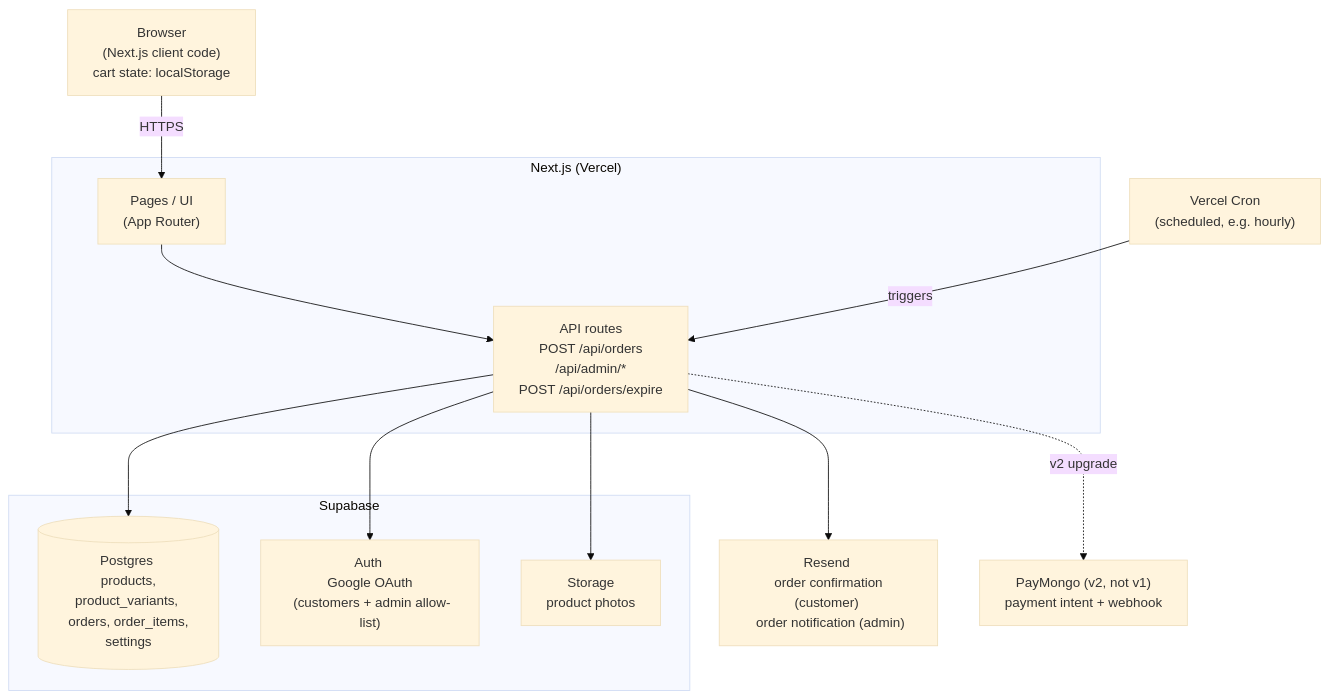
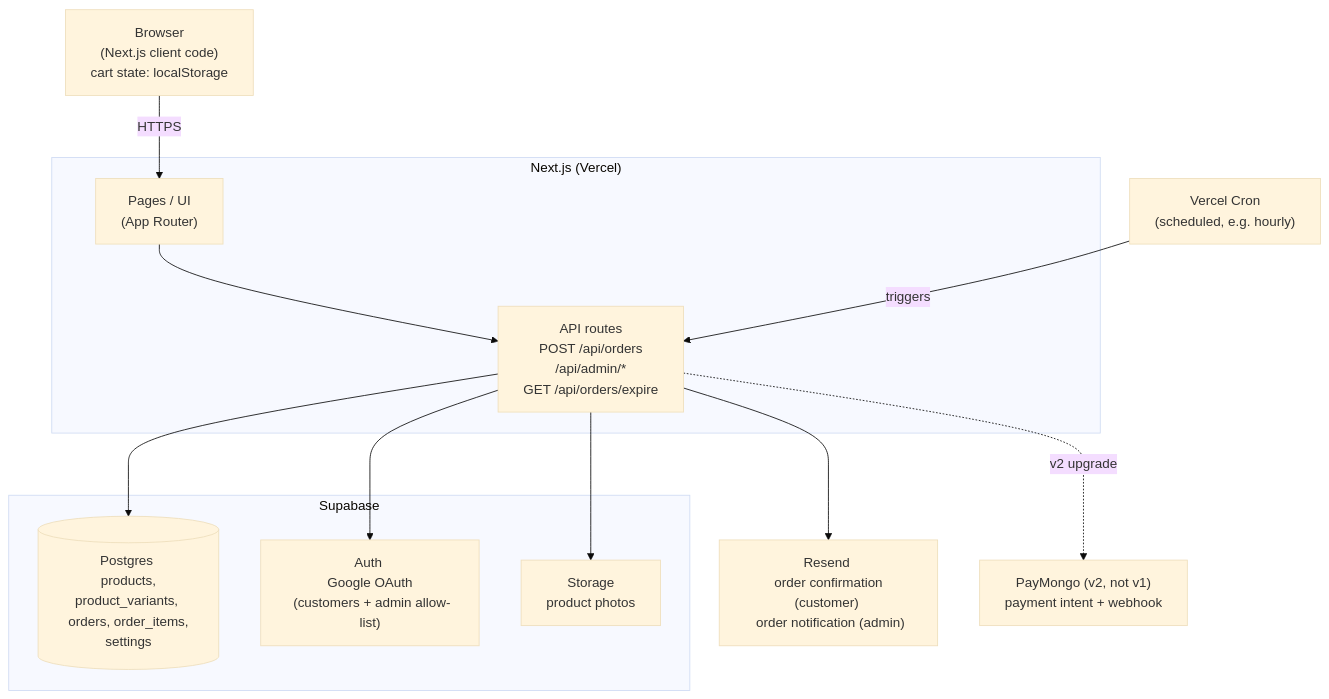
Before and after one commit to romerolorenz/leather-shop: the diagram in ARCHITECTURE.md, drawn with Mermaid (base theme). The commit also changed other lines of this file and 15 other files, not shown here.

````diff
--- a/ARCHITECTURE.md
+++ b/ARCHITECTURE.md
@@ -10,28 +10,28 @@
 ```mermaid
 flowchart TD
     Browser["Browser \n (Next.js client code) \n cart state: localStorage"]
     Cron["Vercel Cron \n (scheduled, e.g. hourly)"]
 
     subgraph NextJS["Next.js (Vercel)"]
         UI["Pages / UI \n (App Router)"]
-        API["API routes \n POST /api/orders \n /api/admin/* \n POST /api/orders/expire"]
+        API["API routes \n POST /api/orders \n /api/admin/* \n GET /api/orders/expire"]
     end
 
     subgraph SB["Supabase"]
         DB[("Postgres \n products, product_variants, \n orders, order_items, settings")]
         Auth["Auth \n Google OAuth \n (customers + admin allow-list)"]
         Storage["Storage \n product photos"]
     end
 
     Resend["Resend \n order confirmation (customer) \n order notification (admin)"]
     PayMongo["PayMongo (v2, not v1) \n payment intent + webhook"]
 
     Browser -->|HTTPS| UI
     UI --> API
     Cron -->|triggers| API
     API --> DB
     API --> Auth
     API --> Storage
     API --> Resend
     API -.->|v2 upgrade| PayMongo
 ```
````
